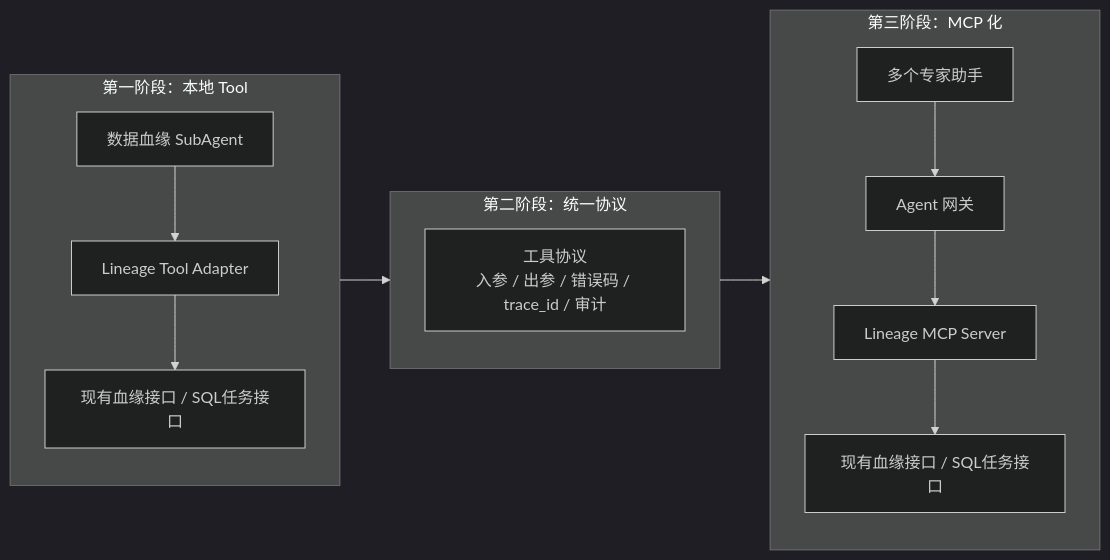
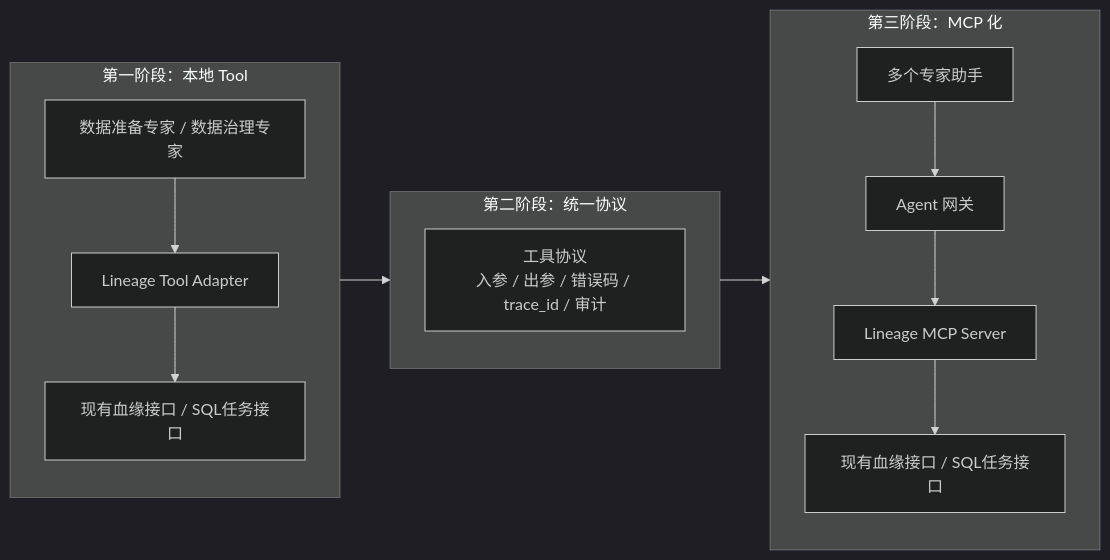
The eighth of 8 diagrams in 数据资产助手/06-架构设计/01-数据资产助手技术架构设计.md (ShaneLiu001/dataasset), drawn with Mermaid (dark theme) before and after one commit. The commit also changed other lines of this file and 23 other files, not shown here.

````diff
--- a/数据资产助手/06-架构设计/01-数据资产助手技术架构设计.md
+++ b/数据资产助手/06-架构设计/01-数据资产助手技术架构设计.md
@@ -521,20 +532,20 @@
 ```mermaid
 flowchart LR
   subgraph Phase1[第一阶段：本地 Tool]
-    Agent1[数据血缘 SubAgent] --> ToolAdapter[Lineage Tool Adapter]
+    Agent1[数据准备专家 / 数据治理专家] --> ToolAdapter[Lineage Tool Adapter]
     ToolAdapter --> ExistingApi[现有血缘接口 / SQL任务接口]
   end
 
   subgraph Phase2[第二阶段：统一协议]
     Contract[工具协议<br/>入参 / 出参 / 错误码 / trace_id / 审计]
   end
 
   subgraph Phase3[第三阶段：MCP 化]
     MultiAgent[多个专家助手] --> McpGateway[Agent 网关]
     McpGateway --> LineageMcp[Lineage MCP Server]
     LineageMcp --> ExistingApi2[现有血缘接口 / SQL任务接口]
   end
 
   Phase1 --> Phase2
   Phase2 --> Phase3
 ```
````
